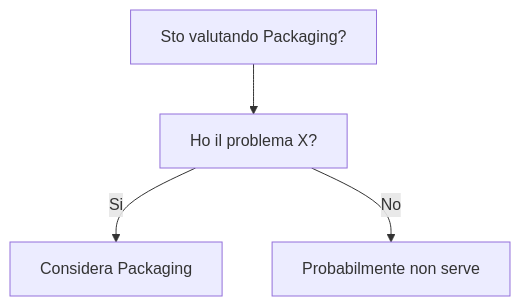
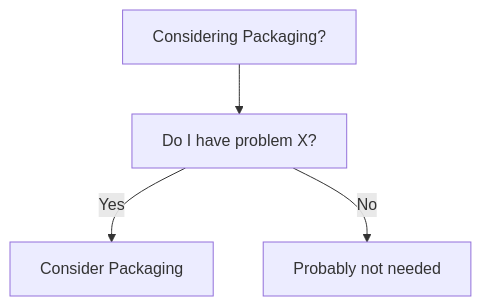
The diagram in dev-wiki/14_Languages/Python/Packaging/When_To_Use.md (HxT9/Software-Dev-Wiki), drawn with Mermaid before and after one commit. The commit also changed other lines of this file and 3444 other files, not shown here.

````diff
--- a/dev-wiki/14_Languages/Python/Packaging/When_To_Use.md
+++ b/dev-wiki/14_Languages/Python/Packaging/When_To_Use.md
@@ -19,6 +19,6 @@
 ```mermaid
 flowchart TD
-  Q[Sto valutando Packaging?] --> Q1[Ho il problema X?]
-  Q1 -->|Si| OK[Considera Packaging]
-  Q1 -->|No| NO[Probabilmente non serve]
+  Q[Considering Packaging?] --> Q1[Do I have problem X?]
+  Q1 -->|Yes| OK[Consider Packaging]
+  Q1 -->|No| NO[Probably not needed]
 ```
````
